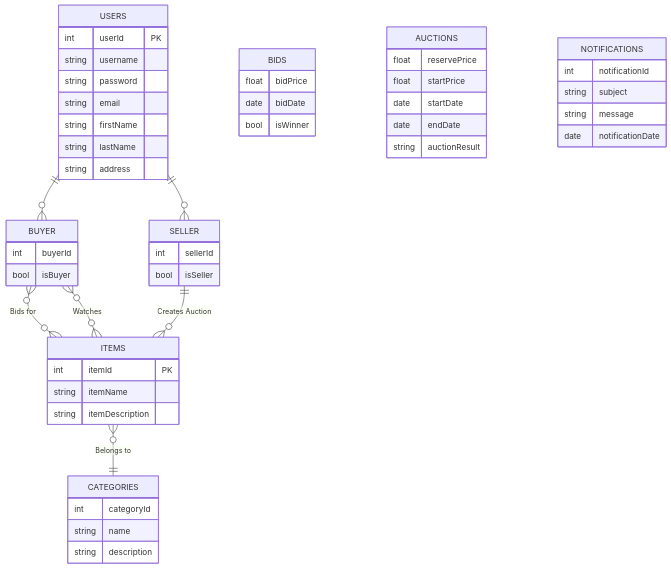
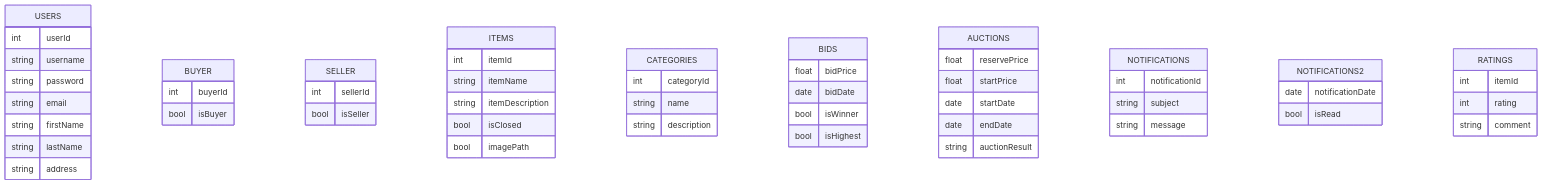
One commit to davidve0206/COMP0178-Project changed the diagram in er-diagram/er-code.mmd. Above: the diagram before and after it, drawn with Mermaid.

Commit message:
er isolated version

```diff
--- a/er-diagram/er-code.mmd
+++ b/er-diagram/er-code.mmd
@@ -1,60 +1,65 @@
 erDiagram
     USERS {
-        int userId PK
+        int userId
         string username
         string password
         string email
         string firstName
         string lastName
         string address
     }
 
     BUYER {
         int buyerId
         bool isBuyer
     }
 
     SELLER {
         int sellerId
         bool isSeller
     }
 
     ITEMS {
-        int itemId PK
+        int itemId
         string itemName
         string itemDescription
+        bool isClosed
+        bool imagePath
     }
 
     CATEGORIES {
         int categoryId
         string name
         string description
     }
 
     BIDS {
         float bidPrice
         date bidDate
         bool isWinner
+        bool isHighest
     }
 
     AUCTIONS {
         float reservePrice
         float startPrice
         date startDate
         date endDate
         string auctionResult
     }
 
     NOTIFICATIONS {
         int notificationId
         string subject
         string message
+    }
+    
+    NOTIFICATIONS2 {
         date notificationDate
+        bool isRead
     }
-
-    USERS ||--o{ BUYER : ""
-    USERS ||--o{ SELLER : ""
-    BUYER }o--o{ ITEMS : "Bids for"
-    BUYER }o--o{ ITEMS : "Watches"
-    ITEMS }o--|| CATEGORIES : "Belongs to"
-    SELLER ||--o{ ITEMS : "Creates Auction"
+    RATINGS {
+        int itemId
+        int rating
+        string comment
+    }
```
